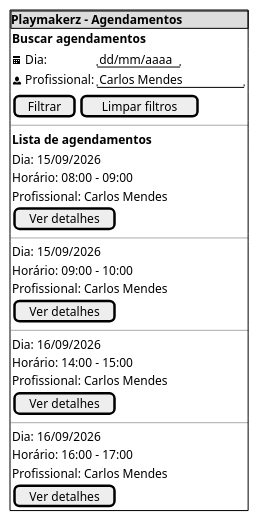
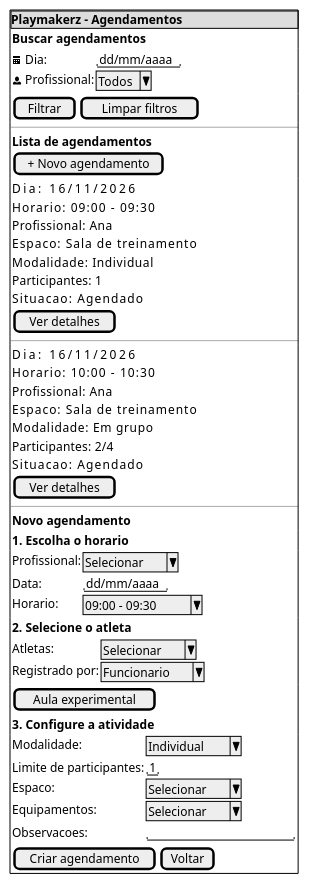
The third of 3 diagrams in docs/Iniciacao/prototipo_baixa_fidelidade.md (Projetos-de-Extensao/PECDII_26.2_8001_IV), drawn with PlantUML before and after one commit. The commit also changed other lines of this file, not shown here.

````diff
--- a/docs/Iniciacao/prototipo_baixa_fidelidade.md
+++ b/docs/Iniciacao/prototipo_baixa_fidelidade.md
@@ -91,8 +102,8 @@
     }
 
     {
-        <&calendar> Dia: | "dd/mm/aaaa"
-        <&person> Profissional: | "Carlos Mendes     "
+        <&calendar> Dia:         | "dd/mm/aaaa"
+        <&person> Profissional:  | ^Todos^
     }
 
     {
@@ -103,42 +114,80 @@
 
     {
         <b>Lista de agendamentos
+        [+ Novo agendamento]
     }
 
     {
-        Dia: 15/09/2026
-        Horário: 08:00 - 09:00
-        Profissional: Carlos Mendes
+        Dia:            16/11/2026
+        Horario:        09:00 - 09:30
+        Profissional:   Ana
+        Espaco:         Sala de treinamento
+        Modalidade:     Individual
+        Participantes:  1
+        Situacao:       Agendado
         [Ver detalhes]
     }
 
     --
 
     {
-        Dia: 15/09/2026
-        Horário: 09:00 - 10:00
-        Profissional: Carlos Mendes
+        Dia:            16/11/2026
+        Horario:        10:00 - 10:30
+        Profissional:   Ana
+        Espaco:         Sala de treinamento
+        Modalidade:     Em grupo
+        Participantes:  2/4
+        Situacao:       Agendado
         [Ver detalhes]
     }
 
     --
 
     {
-        Dia: 16/09/2026
-        Horário: 14:00 - 15:00
-        Profissional: Carlos Mendes
-        [Ver detalhes]
+        <b>Novo agendamento
     }
 
-    --
+    {
+        <b>1. Escolha o horario
+    }
 
     {
-        Dia: 16/09/2026
-        Horário: 16:00 - 17:00
-        Profissional: Carlos Mendes
-        [Ver detalhes]
+        Profissional:   | ^Selecionar^
+        Data:           | "dd/mm/aaaa"
+        Horario:        | ^09:00 - 09:30^
+    }
+
+    {
+        <b>2. Selecione o atleta
+    }
+
+    {
+        Atletas:        | ^Selecionar^
+        Registrado por: | ^Funcionario^
+    }
+
+    {
+        [Aula experimental]
+    }
+
+    {
+        <b>3. Configure a atividade
+    }
+
+    {
+        Modalidade:             | ^Individual^
+        Limite de participantes:| "1"
+        Espaco:                 | ^Selecionar^
+        Equipamentos:           | ^Selecionar^
+        Observacoes:            | "                  "
+    }
+
+    {
+        [Criar agendamento] | [Voltar]
     }
 }
 
 @endsalt
+
+@endsalt
 ```
````
